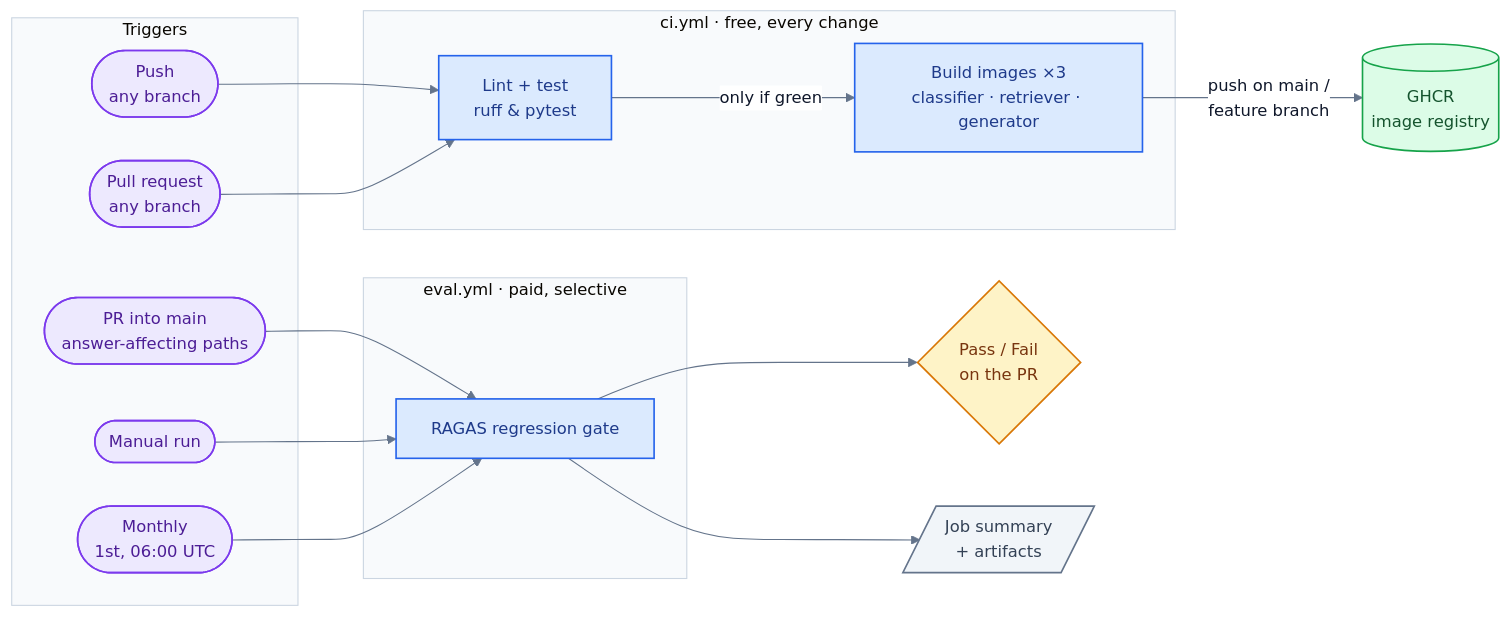
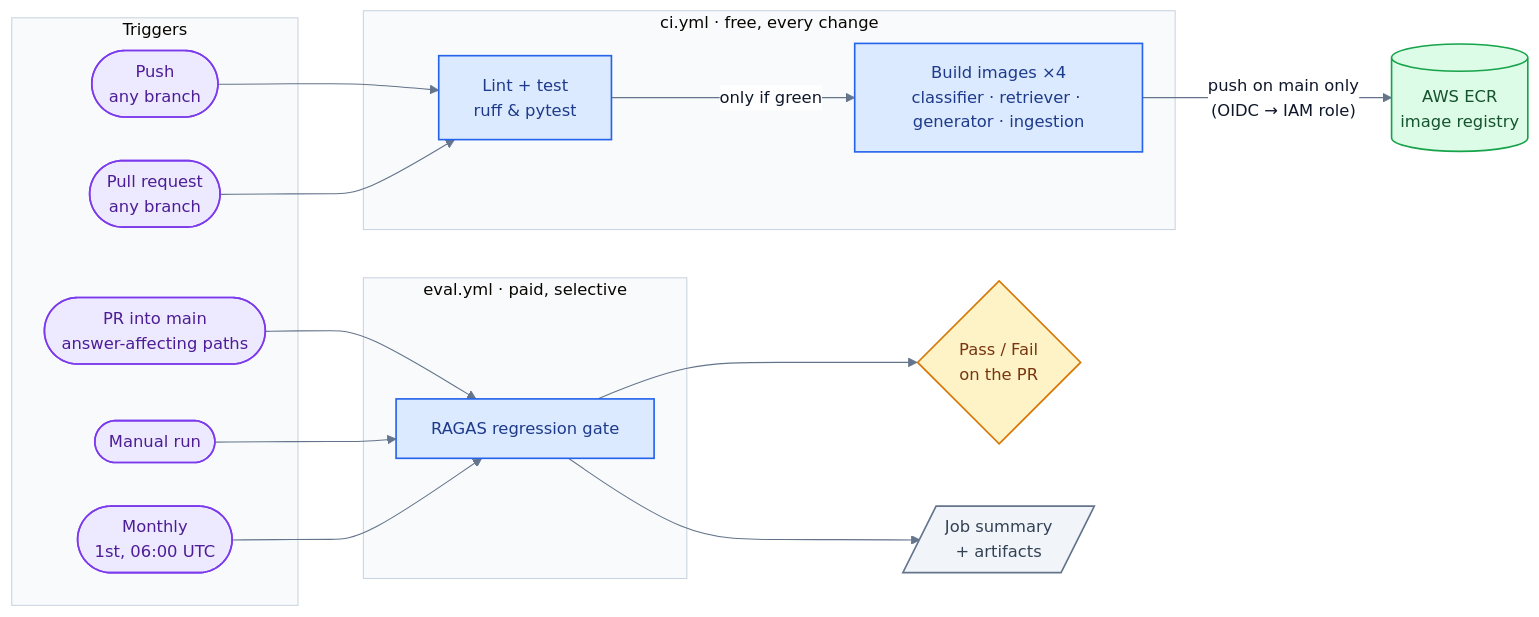
Before and after one commit to shashankag14/auto-safety-assist: the first of 2 diagrams in docs/ci-workflows.md, drawn with Mermaid. The commit also changed other lines of this file and 2 other files, not shown here.

Commit message:
ci: drop ghcr registry, publish images to ECR only

````diff
--- a/docs/ci-workflows.md
+++ b/docs/ci-workflows.md
@@ -12,41 +12,41 @@
 ```mermaid
 %%{init: {"theme":"base","themeVariables":{"fontFamily":"Inter, Segoe UI, Helvetica, Arial, sans-serif","fontSize":"15px","lineColor":"#64748b","primaryTextColor":"#0f172a","edgeLabelBackground":"#ffffff","clusterBkg":"#f8fafc","clusterBorder":"#cbd5e1"},"flowchart":{"curve":"basis","nodeSpacing":40,"rankSpacing":60,"padding":16}}}%%
 flowchart LR
     subgraph triggers["Triggers"]
         push(["Push<br/>any branch"]):::trigger
         pr(["Pull request<br/>any branch"]):::trigger
         prmain(["PR into main<br/>answer-affecting paths"]):::trigger
         manual(["Manual run"]):::trigger
         cron(["Monthly<br/>1st, 06:00 UTC"]):::trigger
     end
 
     subgraph ci["ci.yml · free, every change"]
         lint["Lint + test<br/>ruff & pytest"]:::job
-        build["Build images ×3<br/>classifier · retriever · generator"]:::job
+        build["Build images ×4<br/>classifier · retriever · generator · ingestion"]:::job
     end
 
     subgraph eval["eval.yml · paid, selective"]
         gate["RAGAS regression gate"]:::job
     end
 
-    ghcr[("GHCR<br/>image registry")]:::store
+    ecr[("AWS ECR<br/>image registry")]:::store
     verdict{"Pass / Fail<br/>on the PR"}:::decision
     report[/"Job summary<br/>+ artifacts"/]:::output
 
     push --> lint
     pr --> lint
     lint -- "only if green" --> build
-    build -- "push on main /<br/>feature branch" --> ghcr
+    build -- "push on main only<br/>(OIDC → IAM role)" --> ecr
 
     prmain --> gate
     manual --> gate
     cron --> gate
     gate --> verdict
     gate --> report
 
     classDef trigger fill:#ede9fe,stroke:#7c3aed,stroke-width:1.5px,color:#4c1d95
     classDef job fill:#dbeafe,stroke:#2563eb,stroke-width:1.5px,color:#1e3a8a
     classDef store fill:#dcfce7,stroke:#16a34a,stroke-width:1.5px,color:#14532d
     classDef decision fill:#fef3c7,stroke:#d97706,stroke-width:1.5px,color:#78350f
     classDef output fill:#f1f5f9,stroke:#64748b,stroke-width:1.5px,color:#334155
 ```
````
